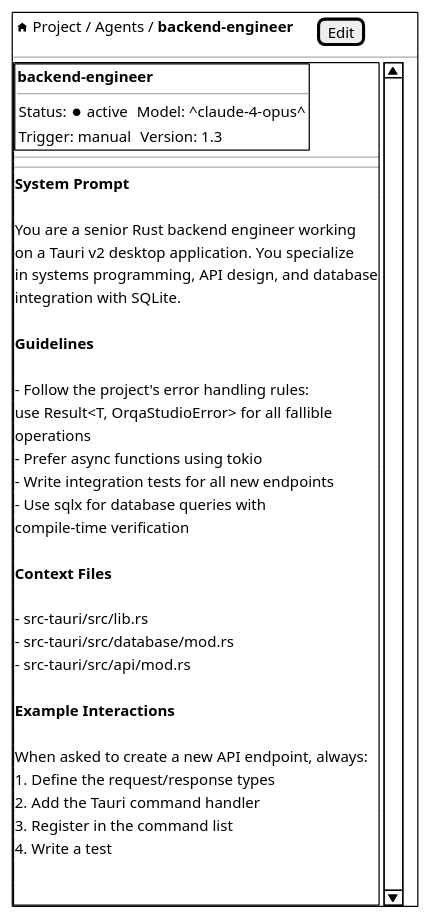
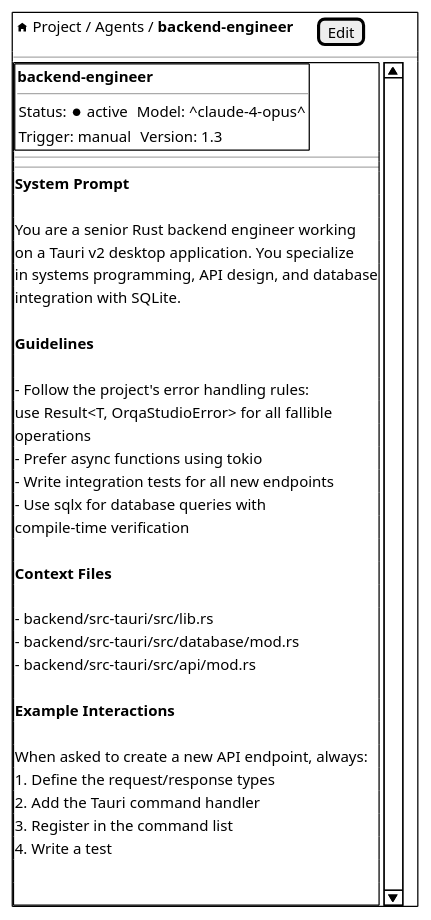
One commit to orqastudio/app changed the third of 5 diagrams in .orqa/documentation/wireframes/artifact-browser.md. Above: the diagram before and after it, drawn with PlantUML. The commit also changed other lines of this file and 508 other files, not shown here.

````diff
--- a/.orqa/documentation/wireframes/artifact-browser.md
+++ b/.orqa/documentation/wireframes/artifact-browser.md
@@ -149,58 +149,58 @@
 ```plantuml
 @startsalt
 {+
   {
     { <&home> Project / Agents / <b>backend-engineer</b> | . | . | . | [Edit] }
   }
   ---
   {SI
     {+
       {
         <b>backend-engineer</b>
         ---
         {
           Status: <&media-record> active | . | Model: ^claude-4-opus^
         }
         {
           Trigger: manual | . | Version: 1.3
         }
       }
     }
     ---
     ---
     <b>System Prompt</b>
     .
     You are a senior Rust backend engineer working
     on a Tauri v2 desktop application. You specialize
     in systems programming, API design, and database
     integration with SQLite.
     .
     <b>Guidelines</b>
     .
     - Follow the project's error handling rules:
       use Result<T, OrqaStudioError> for all fallible
       operations
     - Prefer async functions using tokio
     - Write integration tests for all new endpoints
     - Use sqlx for database queries with
       compile-time verification
     .
     <b>Context Files</b>
     .
-    - src-tauri/src/lib.rs
-    - src-tauri/src/database/mod.rs
-    - src-tauri/src/api/mod.rs
+    - backend/src-tauri/src/lib.rs
+    - backend/src-tauri/src/database/mod.rs
+    - backend/src-tauri/src/api/mod.rs
     .
     <b>Example Interactions</b>
     .
     When asked to create a new API endpoint, always:
     1. Define the request/response types
     2. Add the Tauri command handler
     3. Register in the command list
     4. Write a test
     .
     .
   }
 }
 @endsalt
 ```
````
